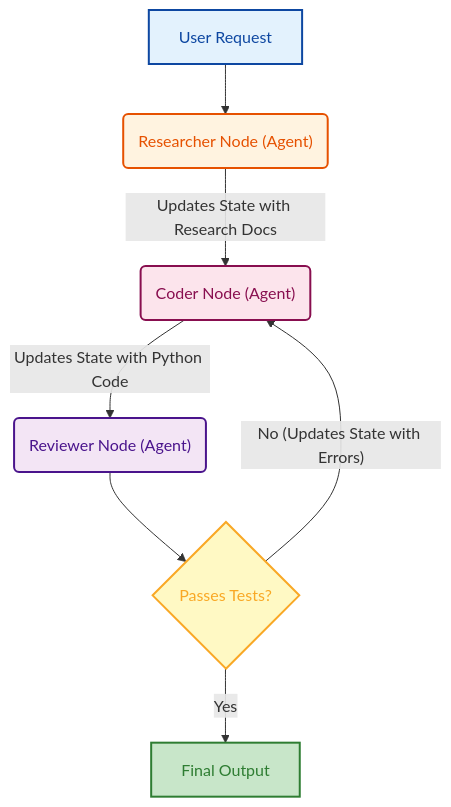
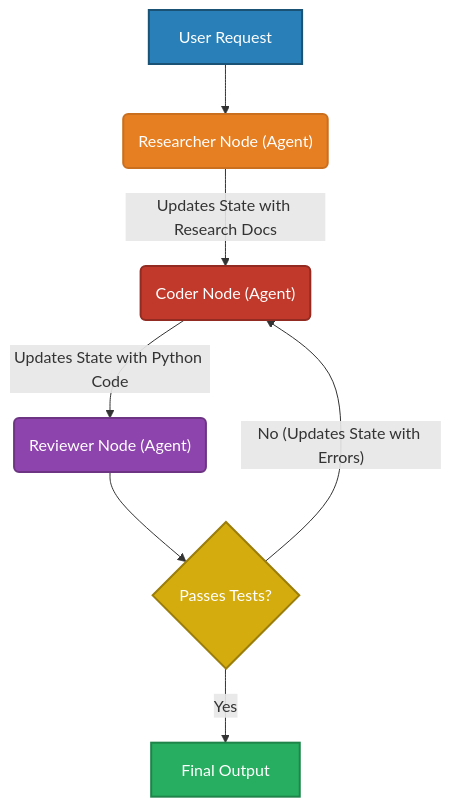
One commit to GyanendraChaubey/AI-Engineering-Notes changed the second of 2 diagrams in docs/13-agents/README.md. Above: the diagram before and after it, drawn with Mermaid. The commit also changed other lines of this file and 15 other files, not shown here.

Commit message:
style: replace all Mermaid diagram colors with saturated palette + white text for dark mode compatibility (321 changes across 16 files)

````diff
--- a/docs/13-agents/README.md
+++ b/docs/13-agents/README.md
@@ -143,19 +143,19 @@
 ```mermaid
 flowchart TD
     A["User Request"] --> B("Researcher Node (Agent)")
     
     B -->|"Updates State with Research Docs"| C("Coder Node (Agent)")
     
     C -->|"Updates State with Python Code"| D("Reviewer Node (Agent)")
     
     D --> E{"Passes Tests?"}
     
     E -->|"No (Updates State with Errors)"| C
     E -->|"Yes"| F["Final Output"]
-    style A fill:#e3f2fd,stroke:#0d47a1,stroke-width:2px,color:#0d47a1
-    style B fill:#fff3e0,stroke:#e65100,stroke-width:2px,color:#e65100
-    style C fill:#fce4ec,stroke:#880e4f,stroke-width:2px,color:#880e4f
-    style D fill:#f3e5f5,stroke:#4a148c,stroke-width:2px,color:#4a148c
-    style E fill:#fff9c4,stroke:#f9a825,stroke-width:2px,color:#f9a825
-    style F fill:#c8e6c9,stroke:#2e7d32,stroke-width:2px,color:#2e7d32
+    style A fill:#2980B9,stroke:#1A5276,stroke-width:2px,color:#FFFFFF
+    style B fill:#E67E22,stroke:#CA6F1E,stroke-width:2px,color:#FFFFFF
+    style C fill:#C0392B,stroke:#922B21,stroke-width:2px,color:#FFFFFF
+    style D fill:#8E44AD,stroke:#6C3483,stroke-width:2px,color:#FFFFFF
+    style E fill:#D4AC0D,stroke:#9A7D0A,stroke-width:2px,color:#FFFFFF
+    style F fill:#27AE60,stroke:#1E8449,stroke-width:2px,color:#FFFFFF
 ```
````
